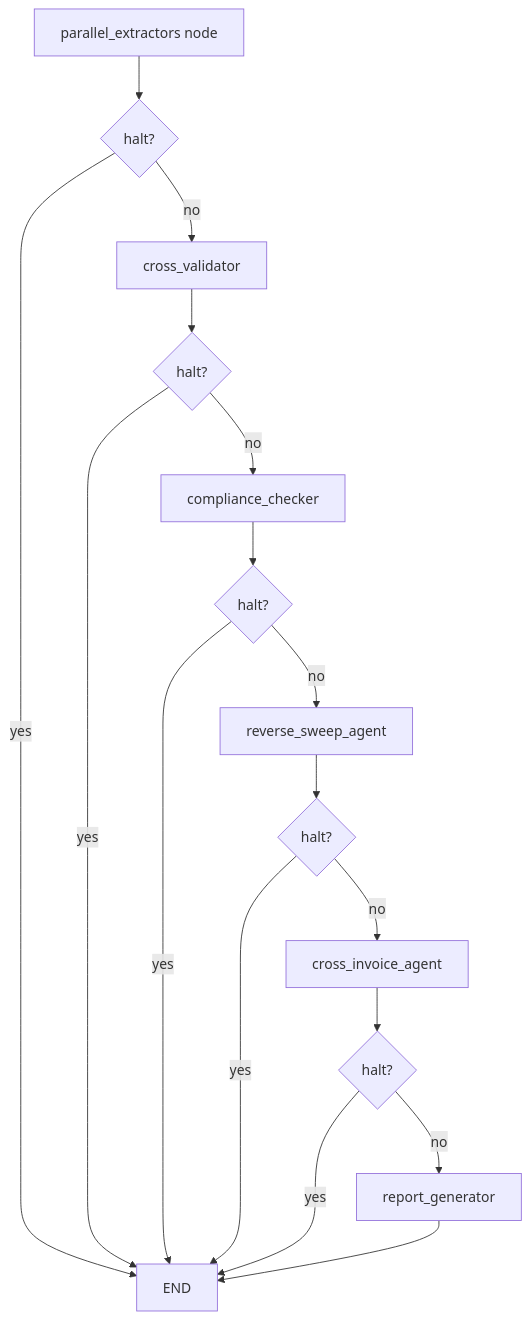
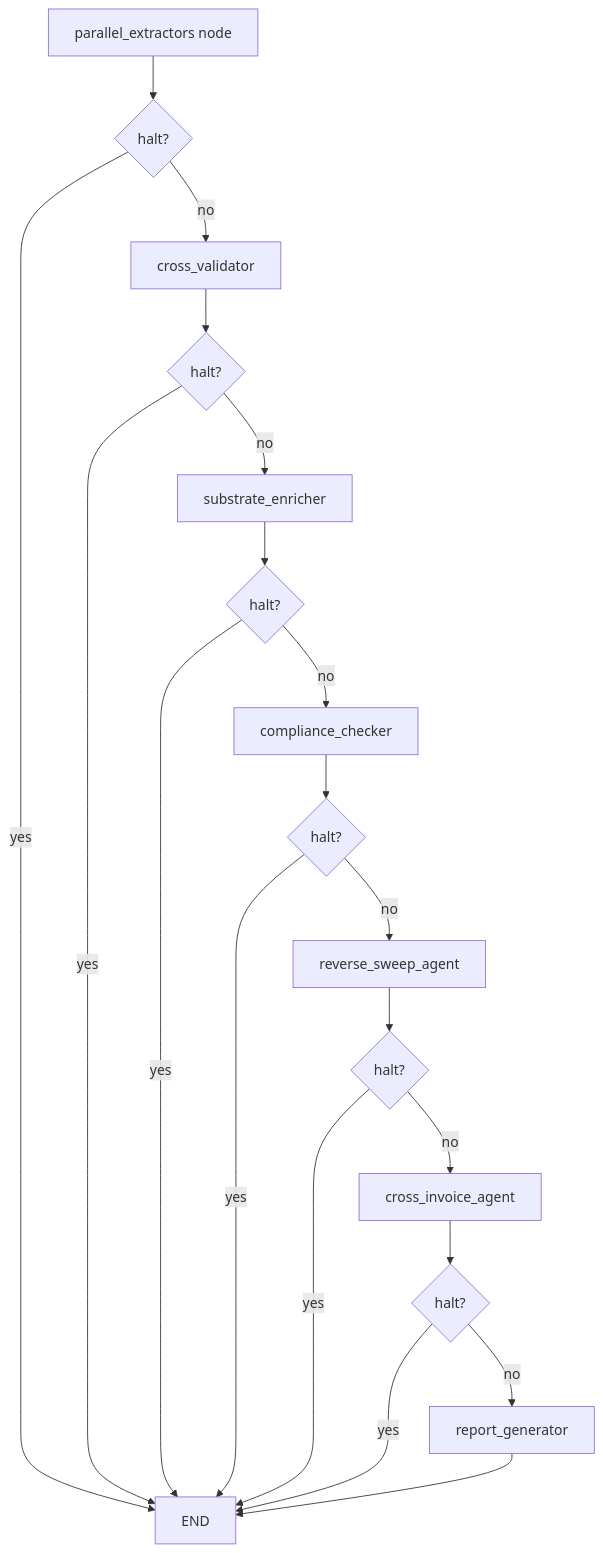
Before and after one commit to sultanbk/procureai: the third of 4 diagrams in ARCHITECTURE.md, drawn with Mermaid. The commit also changed other lines of this file and 61 other files, not shown here.

````diff
--- a/ARCHITECTURE.md
+++ b/ARCHITECTURE.md
@@ -72,19 +72,22 @@
 ```mermaid
 flowchart TD
     A[parallel_extractors node] --> B{halt?}
     B -- no --> C[cross_validator]
     C --> D{halt?}
-    D -- no --> E[compliance_checker]
+    D -- no --> E1[substrate_enricher]
+    E1 --> E2{halt?}
+    E2 -- no --> E[compliance_checker]
     E --> F{halt?}
     F -- no --> G[reverse_sweep_agent]
     G --> H{halt?}
     H -- no --> I[cross_invoice_agent]
     I --> J{halt?}
     J -- no --> K[report_generator]
     B -- yes --> End[END]
     D -- yes --> End
+    E2 -- yes --> End
     F -- yes --> End
     H -- yes --> End
     J -- yes --> End
     K --> End
 ```
````
